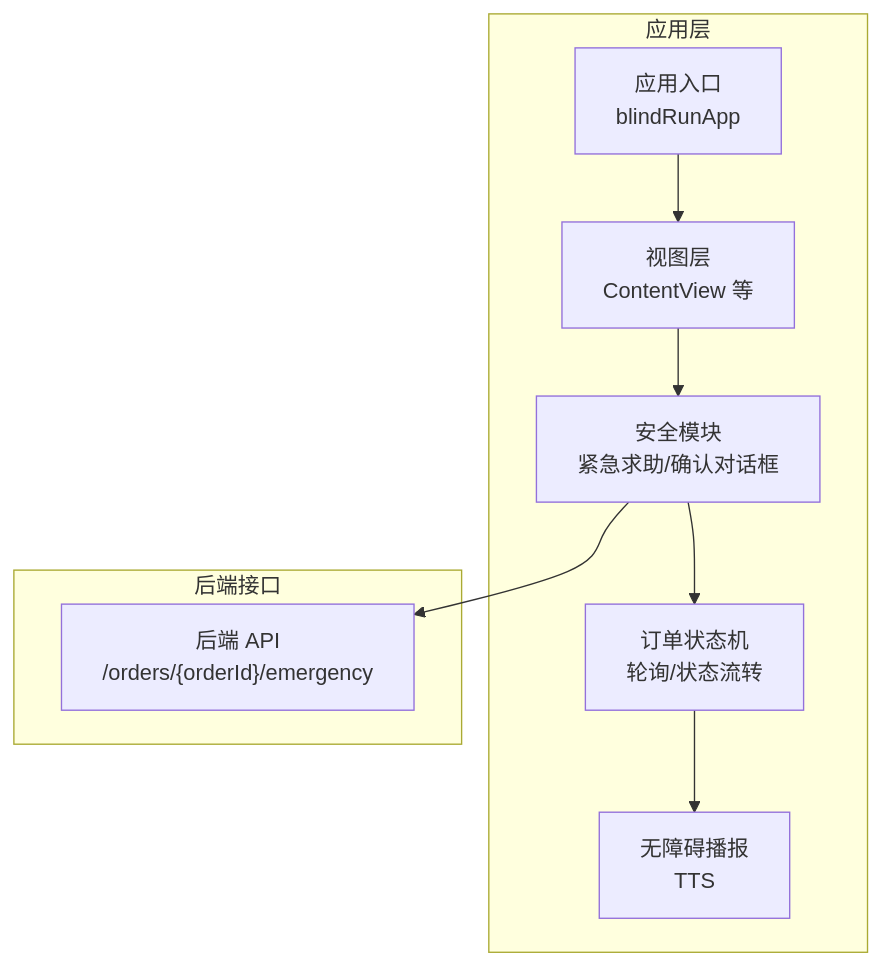
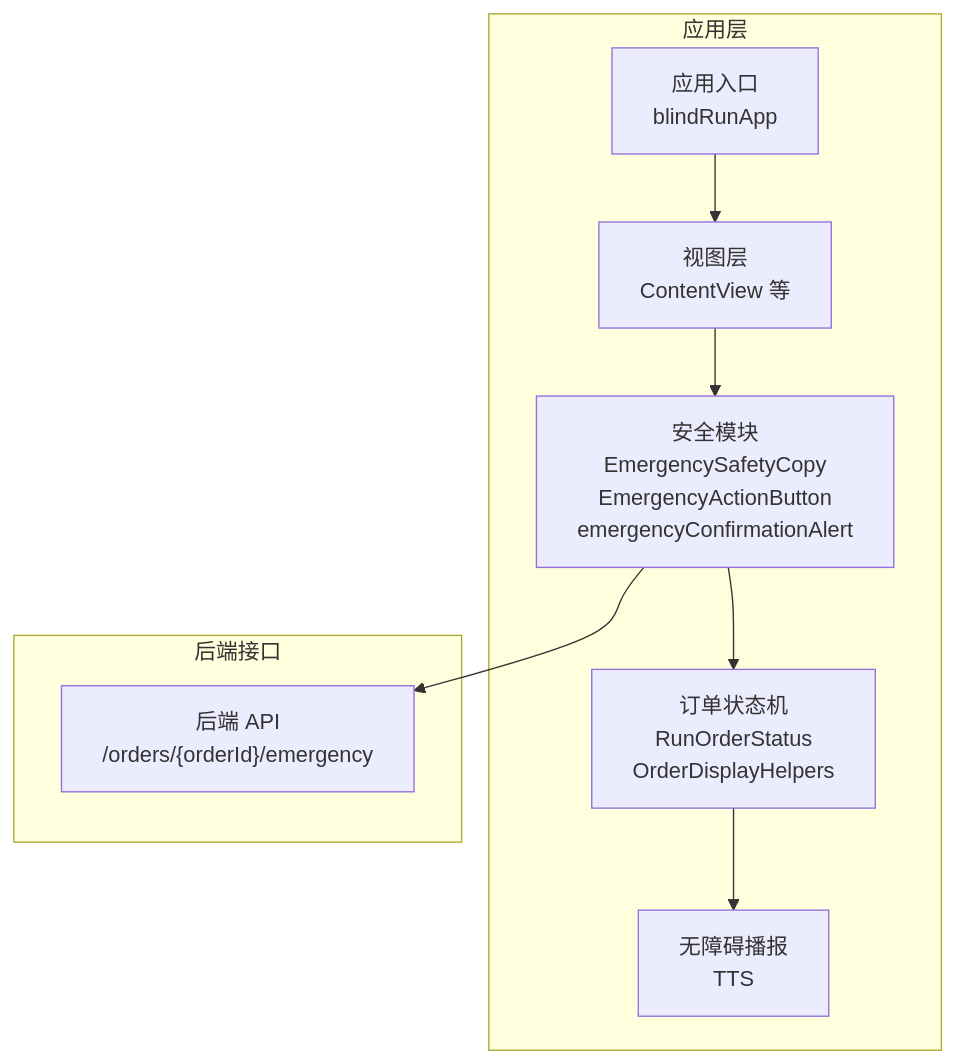
Before and after one commit to Jayden23018/blind-run-ios: the first of 8 diagrams in .qoder/repowiki/zh/content/架构设计/模块化架构设计/Safety 安全模块.md, drawn with Mermaid. The commit also changed other lines of this file and 11 other files, not shown here.

````diff
--- a/.qoder/repowiki/zh/content/架构设计/模块化架构设计/Safety 安全模块.md
+++ b/.qoder/repowiki/zh/content/架构设计/模块化架构设计/Safety 安全模块.md
@@ -34,18 +49,18 @@
 ```mermaid
 graph TB
 subgraph "应用层"
 App["应用入口<br/>blindRunApp"]
 Views["视图层<br/>ContentView 等"]
-Safety["安全模块<br/>紧急求助/确认对话框"]
-Orders["订单状态机<br/>轮询/状态流转"]
+Safety["安全模块<br/>EmergencySafetyCopy<br/>EmergencyActionButton<br/>emergencyConfirmationAlert"]
+Orders["订单状态机<br/>RunOrderStatus<br/>OrderDisplayHelpers"]
 Voice["无障碍播报<br/>TTS"]
 end
 subgraph "后端接口"
 API["后端 API<br/>/orders/{orderId}/emergency"]
 end
 App --> Views
 Views --> Safety
 Safety --> Orders
 Safety --> API
 Orders --> Voice
 ```
````
